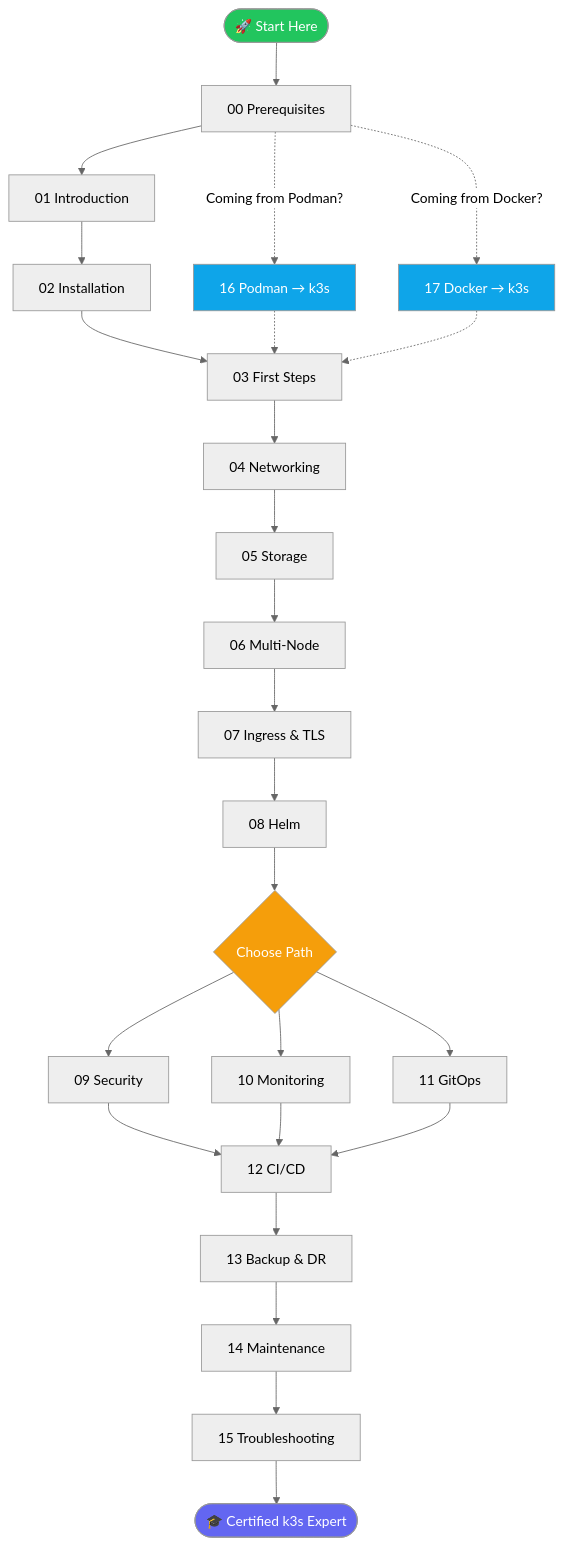
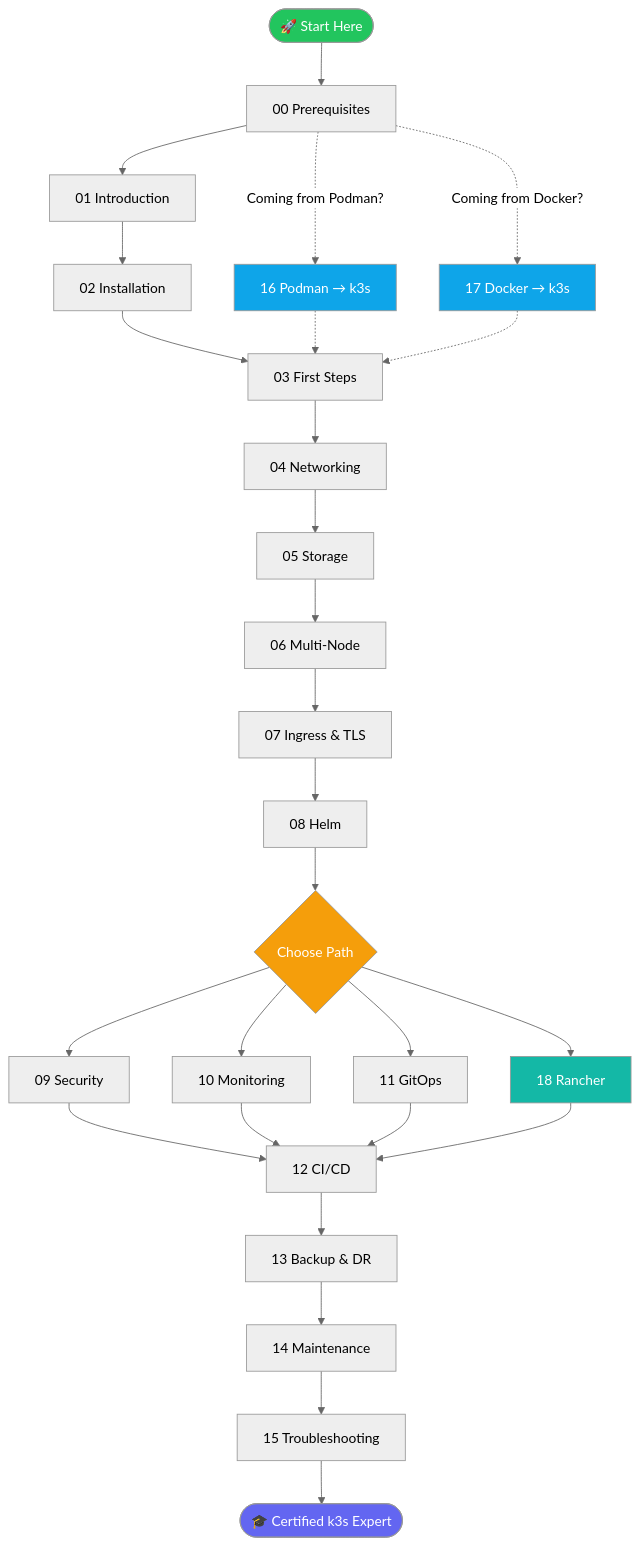
The diagram in README.md (UncleJS/course_k3s), drawn with Mermaid (neutral theme) before and after one commit. The commit also changed other lines of this file and 7 other files, not shown here.

````diff
--- a/README.md
+++ b/README.md
@@ -61,33 +62,36 @@
 ```mermaid
 flowchart TD
     A([🚀 Start Here]) --> B[00 Prerequisites]
     B --> C[01 Introduction]
     C --> D[02 Installation]
     D --> E[03 First Steps]
     E --> F[04 Networking]
     F --> G[05 Storage]
     G --> H[06 Multi-Node]
     H --> I[07 Ingress & TLS]
     I --> J[08 Helm]
     J --> K{Choose Path}
     K --> L[09 Security]
     K --> M[10 Monitoring]
     K --> N[11 GitOps]
     L --> O[12 CI/CD]
     M --> O
     N --> O
+    K --> V[18 Rancher]
+    V --> O
     O --> P[13 Backup & DR]
     P --> Q[14 Maintenance]
     Q --> R[15 Troubleshooting]
     R --> S([🎓 Certified k3s Expert])
     B -.->|Coming from Podman?| T[16 Podman → k3s]
     T -.-> E
     B -.->|Coming from Docker?| U[17 Docker → k3s]
     U -.-> E
 
     style A fill:#22c55e,color:#fff
     style S fill:#6366f1,color:#fff
     style K fill:#f59e0b,color:#fff
     style T fill:#0ea5e9,color:#fff
     style U fill:#0ea5e9,color:#fff
+    style V fill:#14b8a6,color:#fff
 ```
````
